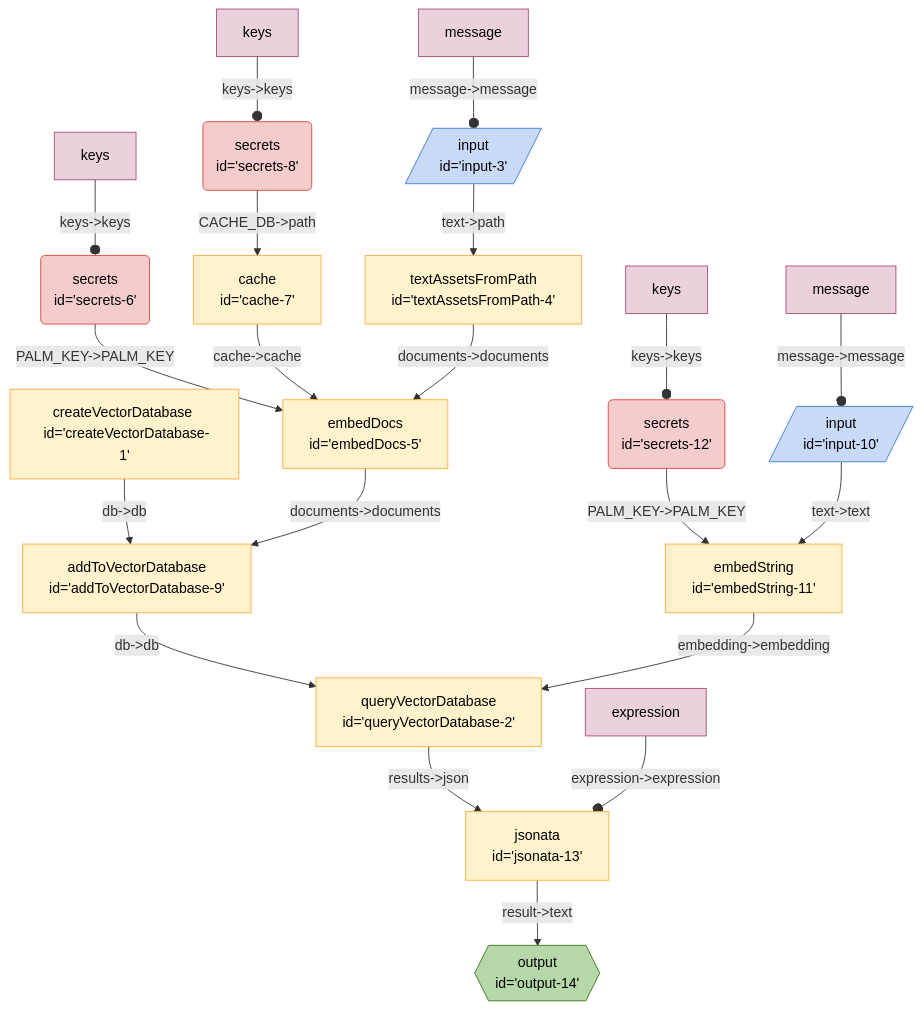
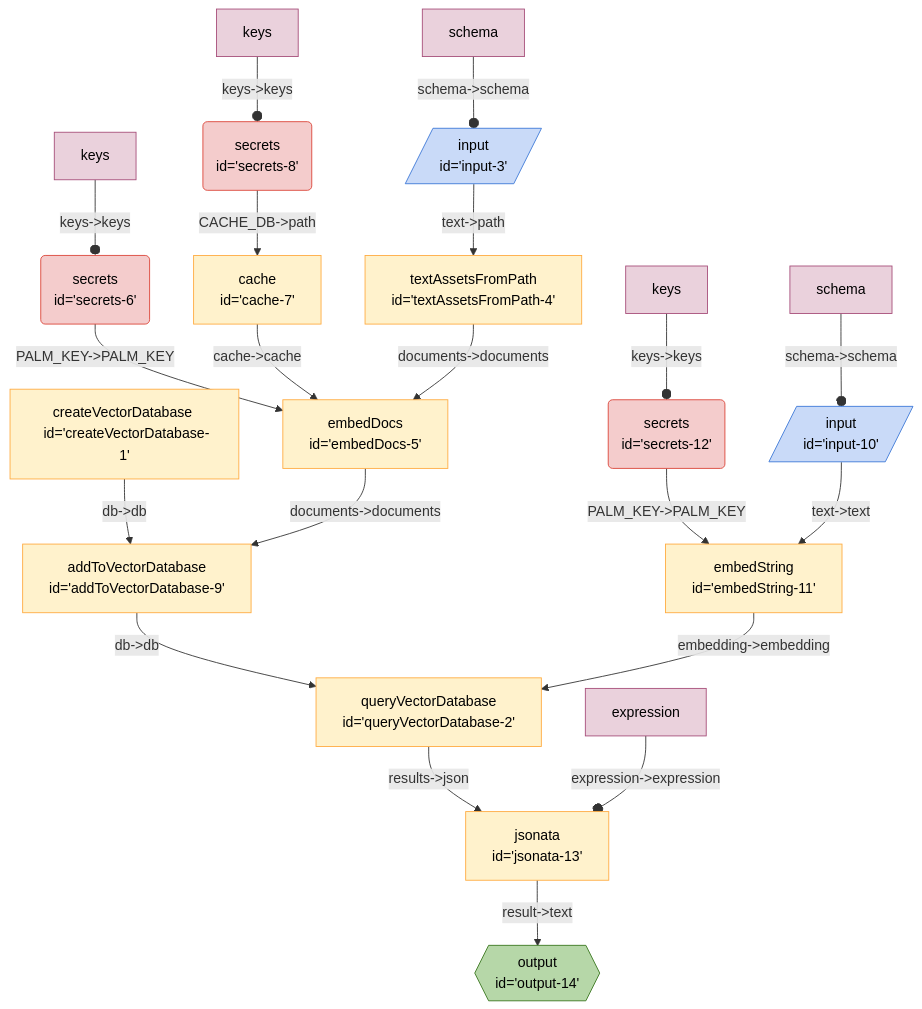
Before and after one commit to breadboard-ai/breadboard: the diagram in seeds/graph-playground/docs/graphs/find-file-by-similarity.md, drawn with Mermaid. The commit also changed 25 other files, not shown here.

Commit message:
[graph-playground] Update graphs to remove "message".

````diff
--- a/seeds/graph-playground/docs/graphs/find-file-by-similarity.md
+++ b/seeds/graph-playground/docs/graphs/find-file-by-similarity.md
@@ -5,31 +5,31 @@
   ```mermaid
   %%{init: 'themeVariables': { 'fontFamily': 'Fira Code, monospace' }}%%
 graph TD;
 secrets6("secrets <br> id='secrets-6'"):::secrets -- "PALM_KEY->PALM_KEY" --> embedDocs5["embedDocs <br> id='embedDocs-5'"]
 secrets8("secrets <br> id='secrets-8'"):::secrets -- "CACHE_DB->path" --> cache7["cache <br> id='cache-7'"]
 cache7["cache <br> id='cache-7'"] -- "cache->cache" --> embedDocs5["embedDocs <br> id='embedDocs-5'"]
 createVectorDatabase1["createVectorDatabase <br> id='createVectorDatabase-1'"] -- "db->db" --> addToVectorDatabase9["addToVectorDatabase <br> id='addToVectorDatabase-9'"]
 addToVectorDatabase9["addToVectorDatabase <br> id='addToVectorDatabase-9'"] -- "db->db" --> queryVectorDatabase2["queryVectorDatabase <br> id='queryVectorDatabase-2'"]
 embedDocs5["embedDocs <br> id='embedDocs-5'"] -- "documents->documents" --> addToVectorDatabase9["addToVectorDatabase <br> id='addToVectorDatabase-9'"]
 textAssetsFromPath4["textAssetsFromPath <br> id='textAssetsFromPath-4'"] -- "documents->documents" --> embedDocs5["embedDocs <br> id='embedDocs-5'"]
 input3[/"input <br> id='input-3'"/]:::input -- "text->path" --> textAssetsFromPath4["textAssetsFromPath <br> id='textAssetsFromPath-4'"]
 secrets12("secrets <br> id='secrets-12'"):::secrets -- "PALM_KEY->PALM_KEY" --> embedString11["embedString <br> id='embedString-11'"]
 jsonata13["jsonata <br> id='jsonata-13'"] -- "result->text" --> output14{{"output <br> id='output-14'"}}:::output
 queryVectorDatabase2["queryVectorDatabase <br> id='queryVectorDatabase-2'"] -- "results->json" --> jsonata13["jsonata <br> id='jsonata-13'"]
 embedString11["embedString <br> id='embedString-11'"] -- "embedding->embedding" --> queryVectorDatabase2["queryVectorDatabase <br> id='queryVectorDatabase-2'"]
 input10[/"input <br> id='input-10'"/]:::input -- "text->text" --> embedString11["embedString <br> id='embedString-11'"]
-messageinput3[message]:::config -- "message->message" --o input3
+schemainput3[schema]:::config -- "schema->schema" --o input3
 keyssecrets6[keys]:::config -- "keys->keys" --o secrets6
 keyssecrets8[keys]:::config -- "keys->keys" --o secrets8
-messageinput10[message]:::config -- "message->message" --o input10
+schemainput10[schema]:::config -- "schema->schema" --o input10
 keyssecrets12[keys]:::config -- "keys->keys" --o secrets12
 expressionjsonata13[expression]:::config -- "expression->expression" --o jsonata13
 classDef default stroke:#ffab40,fill:#fff2ccff,color:#000
 classDef input stroke:#3c78d8,fill:#c9daf8ff,color:#000
 classDef output stroke:#38761d,fill:#b6d7a8ff,color:#000
 classDef passthrough stroke:#a64d79,fill:#ead1dcff,color:#000
 classDef slot stroke:#a64d79,fill:#ead1dcff,color:#000
 classDef config stroke:#a64d79,fill:#ead1dcff,color:#000
 classDef secrets stroke:#db4437,fill:#f4cccc,color:#000
 classDef slotted stroke:#a64d79
   ```
````
